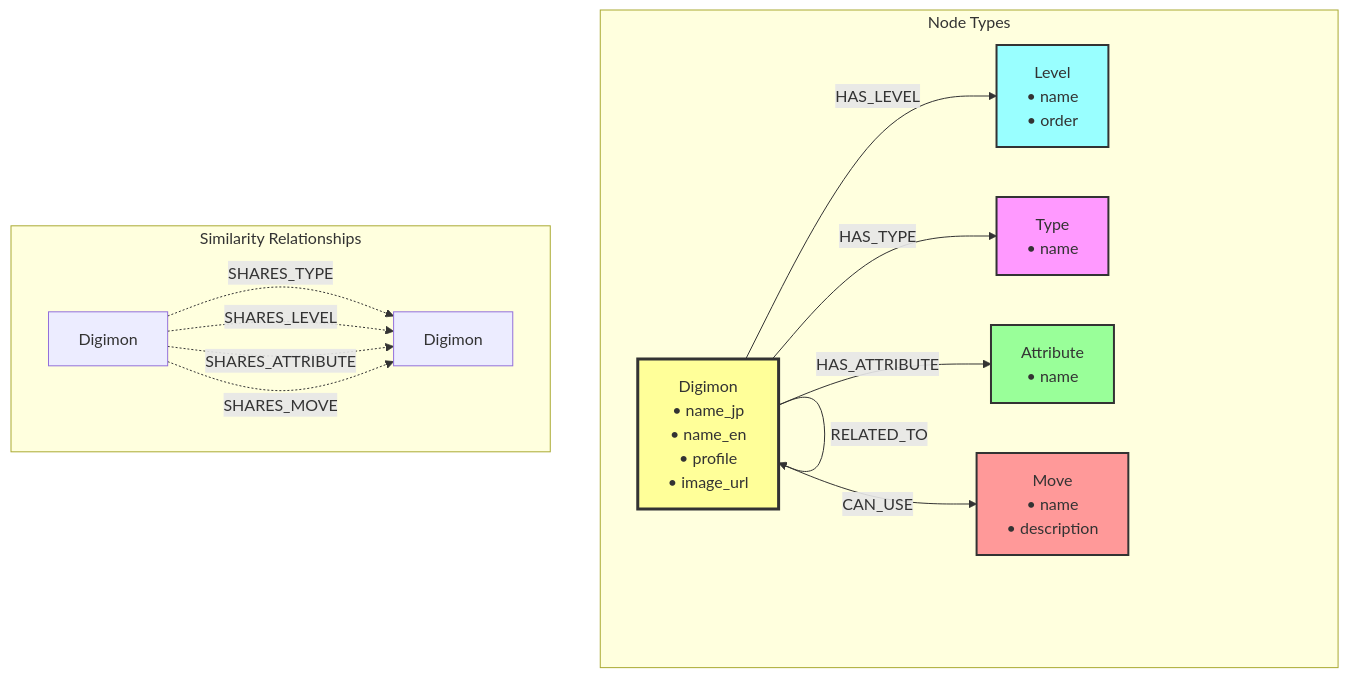
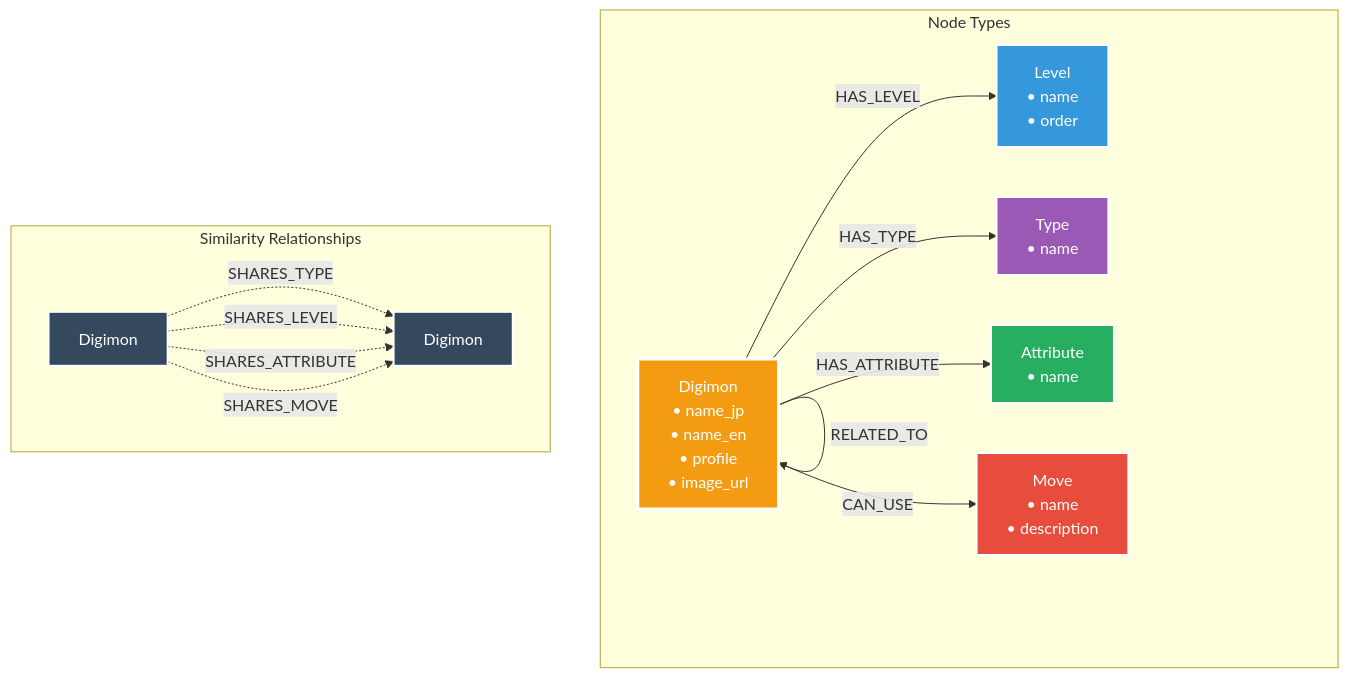
Before and after one commit to Ricoledan/digimon-knowledge-graph: the third of 4 diagrams in CLAUDE.md, drawn with Mermaid. The commit also changed other lines of this file, not shown here.

Commit message:
add diagrams

````diff
--- a/CLAUDE.md
+++ b/CLAUDE.md
@@ -293,29 +293,31 @@
 ```mermaid
 graph TD
     subgraph "Node Types"
         D[Digimon<br/>• name_jp<br/>• name_en<br/>• profile<br/>• image_url]
         L[Level<br/>• name<br/>• order]
         T[Type<br/>• name]
         A[Attribute<br/>• name]
         M[Move<br/>• name<br/>• description]
     end
     
     D -->|HAS_LEVEL| L
     D -->|HAS_TYPE| T
     D -->|HAS_ATTRIBUTE| A
     D -->|CAN_USE| M
     D -->|RELATED_TO| D
     
     subgraph "Similarity Relationships"
         D2[Digimon] -.->|SHARES_TYPE| D3[Digimon]
         D2 -.->|SHARES_LEVEL| D3
         D2 -.->|SHARES_ATTRIBUTE| D3
         D2 -.->|SHARES_MOVE| D3
     end
     
-    style D fill:#ff9,stroke:#333,stroke-width:3px
-    style L fill:#9ff,stroke:#333,stroke-width:2px
-    style T fill:#f9f,stroke:#333,stroke-width:2px
-    style A fill:#9f9,stroke:#333,stroke-width:2px
-    style M fill:#f99,stroke:#333,stroke-width:2px
+    style D fill:#f39c12,stroke:#fff,stroke-width:3px,color:#fff
+    style L fill:#3498db,stroke:#fff,stroke-width:2px,color:#fff
+    style T fill:#9b59b6,stroke:#fff,stroke-width:2px,color:#fff
+    style A fill:#27ae60,stroke:#fff,stroke-width:2px,color:#fff
+    style M fill:#e74c3c,stroke:#fff,stroke-width:2px,color:#fff
+    style D2 fill:#34495e,stroke:#fff,stroke-width:2px,color:#fff
+    style D3 fill:#34495e,stroke:#fff,stroke-width:2px,color:#fff
 ```
````
